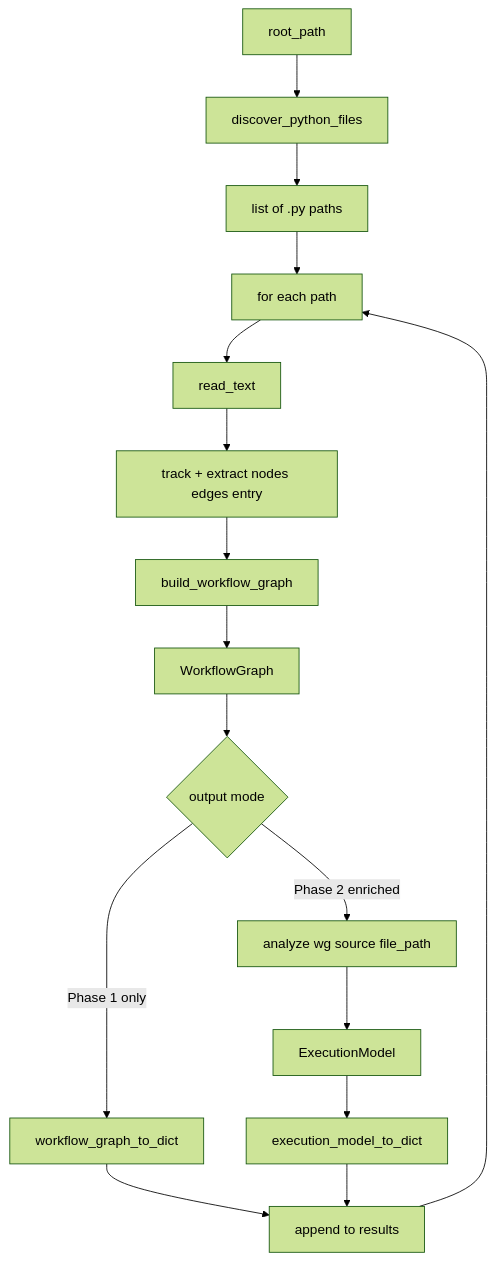
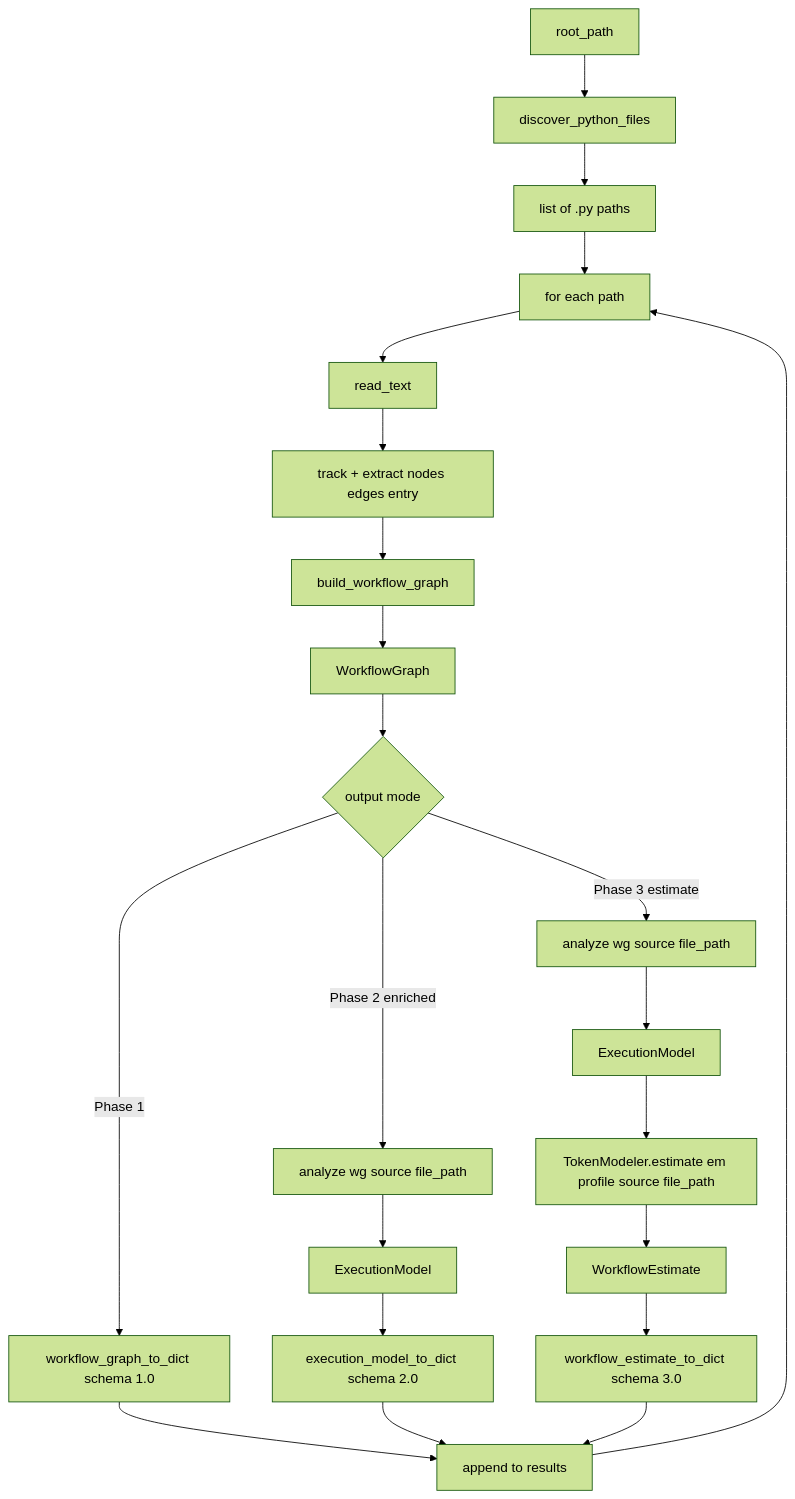
Diagram 12 of 22 in docs/flow-diagrams.md (xZiro-Lab/Noctyl), drawn with Mermaid (forest theme) before and after one commit. The commit also changed other lines of this file and 18 other files, not shown here.

````diff
--- a/docs/flow-diagrams.md
+++ b/docs/flow-diagrams.md
@@ -376,18 +378,24 @@
 ```mermaid
 flowchart TB
   Root[root_path] --> Discover[discover_python_files]
   Discover --> Paths[list of .py paths]
   Paths --> Loop[for each path]
   Loop --> Read[read_text]
   Read --> Ingest[track + extract nodes edges entry]
   Ingest --> Build[build_workflow_graph]
   Build --> WG[WorkflowGraph]
   WG --> Choice{output mode}
-  Choice -->|Phase 1 only| Base[workflow_graph_to_dict]
+  Choice -->|Phase 1| Base[workflow_graph_to_dict schema 1.0]
   Choice -->|Phase 2 enriched| Analyze[analyze wg source file_path]
   Analyze --> EM[ExecutionModel]
-  EM --> Enriched[execution_model_to_dict]
+  EM --> Enriched[execution_model_to_dict schema 2.0]
+  Choice -->|Phase 3 estimate| Analyze2[analyze wg source file_path]
+  Analyze2 --> EM2[ExecutionModel]
+  EM2 --> Estimate[TokenModeler.estimate em profile source file_path]
+  Estimate --> WE[WorkflowEstimate]
+  WE --> Estimated[workflow_estimate_to_dict schema 3.0]
   Base --> Append[append to results]
   Enriched --> Append
+  Estimated --> Append
   Append --> Loop
 ```
````
